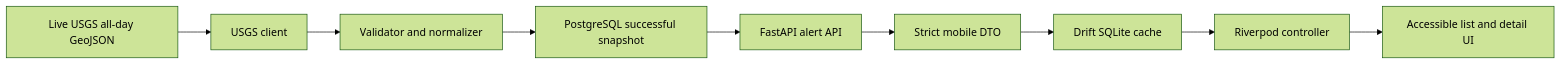
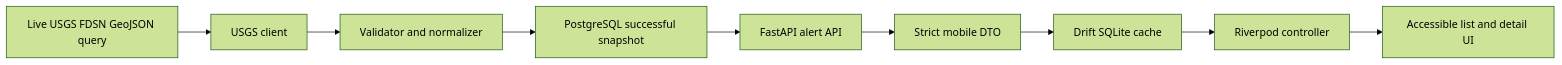
One commit to Aikozzzz/safe_myanmar changed the diagram in docs/architecture/live-earthquake-slice.md. Above: the diagram before and after it, drawn with Mermaid (forest theme). The commit also changed other lines of this file and 93 other files, not shown here.

````diff
--- a/docs/architecture/live-earthquake-slice.md
+++ b/docs/architecture/live-earthquake-slice.md
@@ -23,11 +25,11 @@
 ```mermaid
 flowchart LR
-    A[Live USGS all-day GeoJSON] --> B[USGS client]
+    A[Live USGS FDSN GeoJSON query] --> B[USGS client]
     B --> C[Validator and normalizer]
     C --> D[PostgreSQL successful snapshot]
     D --> E[FastAPI alert API]
     E --> F[Strict mobile DTO]
     F --> G[Drift SQLite cache]
     G --> H[Riverpod controller]
     H --> I[Accessible list and detail UI]
 ```
````
